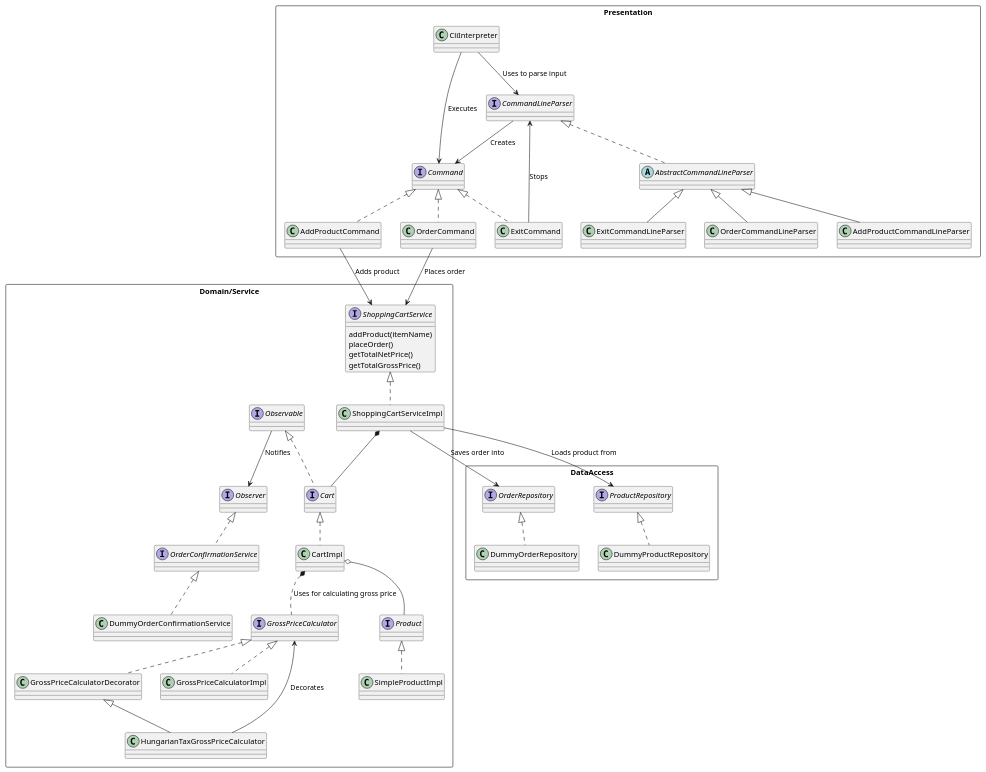
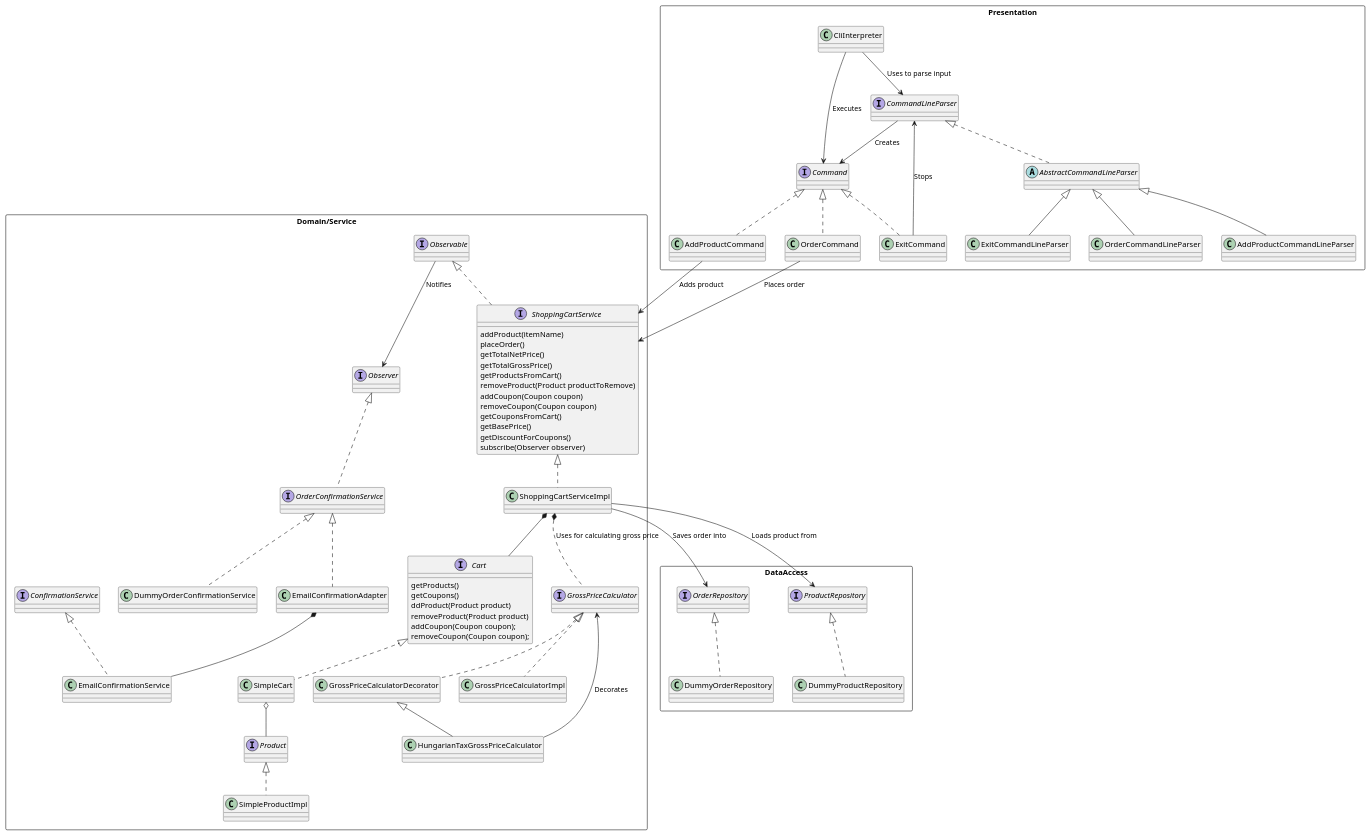
Before and after one commit to epam-deik-cooperation/epam-deik-java-dev: the diagram in webshop/ArchitectureWithServiceLayer.puml, drawn with PlantUML. The commit also changed 31 other files, not shown here.

```diff
--- a/webshop/ArchitectureWithServiceLayer.puml
+++ b/webshop/ArchitectureWithServiceLayer.puml
@@ -1,82 +1,103 @@
 @startuml
 'https://plantuml.com/class-diagram
 
 package Presentation <<Rectangle>> {
 interface CommandLineParser
 abstract AbstractCommandLineParser
 CommandLineParser <|.. AbstractCommandLineParser
 
 class AddProductCommandLineParser
 AbstractCommandLineParser <|-- AddProductCommandLineParser
 class ExitCommandLineParser
 AbstractCommandLineParser <|-- ExitCommandLineParser
 class OrderCommandLineParser
 AbstractCommandLineParser <|-- OrderCommandLineParser
 
 class CliInterpreter
 
 interface Command
 class AddProductCommand
 Command <|.. AddProductCommand
 class ExitCommand
 Command <|.. ExitCommand
 class OrderCommand
 Command <|.. OrderCommand
 CliInterpreter --> Command : Executes
 CliInterpreter --> CommandLineParser : Uses to parse input
 CommandLineParser --> Command : Creates
 ExitCommand --> CommandLineParser : Stops
 }
 
 package Domain/Service <<Rectangle>> {
     interface ShoppingCartService {
         addProduct(itemName)
         placeOrder()
         getTotalNetPrice()
         getTotalGrossPrice()
+        getProductsFromCart()
+        removeProduct(Product productToRemove)
+        addCoupon(Coupon coupon)
+        removeCoupon(Coupon coupon)
+        getCouponsFromCart()
+        getBasePrice()
+        getDiscountForCoupons()
+        subscribe(Observer observer)
     }
     class ShoppingCartServiceImpl
     ShoppingCartService <|.. ShoppingCartServiceImpl
     ShoppingCartServiceImpl *-- Cart
-    interface Cart
-    class CartImpl
-    Cart <|.. CartImpl
+    Observable <|.. ShoppingCartService
+    interface Cart {
+        getProducts()
+        getCoupons()
+        ddProduct(Product product)
+        removeProduct(Product product)
+        addCoupon(Coupon coupon);
+        removeCoupon(Coupon coupon);
+    }
+    class SimpleCart
+    Cart <|.. SimpleCart
     interface Product
     class SimpleProductImpl
     Product <|.. SimpleProductImpl
-    CartImpl o-- Product
+    SimpleCart o-- Product
     interface Observer
     interface Observable
     Observable --> Observer : Notifies
-    Observable <|.. Cart
+
     interface OrderConfirmationService
     Observer <|.. OrderConfirmationService
     class DummyOrderConfirmationService
+    interface ConfirmationService
     OrderConfirmationService <|.. DummyOrderConfirmationService
+    OrderConfirmationService <|.. EmailConfirmationAdapter
+    EmailConfirmationAdapter *-- EmailConfirmationService
+    ConfirmationService <|.. EmailConfirmationService
+
     interface GrossPriceCalculator
-    CartImpl *.. GrossPriceCalculator : Uses for calculating gross price
+    ShoppingCartServiceImpl *.. GrossPriceCalculator : Uses for calculating gross price
     class GrossPriceCalculatorDecorator
     GrossPriceCalculator <|.. GrossPriceCalculatorDecorator
     class GrossPriceCalculatorImpl
     GrossPriceCalculator <|.. GrossPriceCalculatorImpl
     class HungarianTaxGrossPriceCalculator
     GrossPriceCalculatorDecorator <|-- HungarianTaxGrossPriceCalculator
     HungarianTaxGrossPriceCalculator --> GrossPriceCalculator : Decorates
 }
 
 OrderCommand --> ShoppingCartService : Places order
 AddProductCommand --> ShoppingCartService : Adds product
 
 package DataAccess <<Rectangle>> {
     interface OrderRepository
     class DummyOrderRepository
     OrderRepository <|.. DummyOrderRepository
     interface ProductRepository
     class DummyProductRepository
     ProductRepository <|.. DummyProductRepository
 }
 
 ShoppingCartServiceImpl --> OrderRepository : Saves order into
 ShoppingCartServiceImpl --> ProductRepository : Loads product from
 
 @enduml
```
